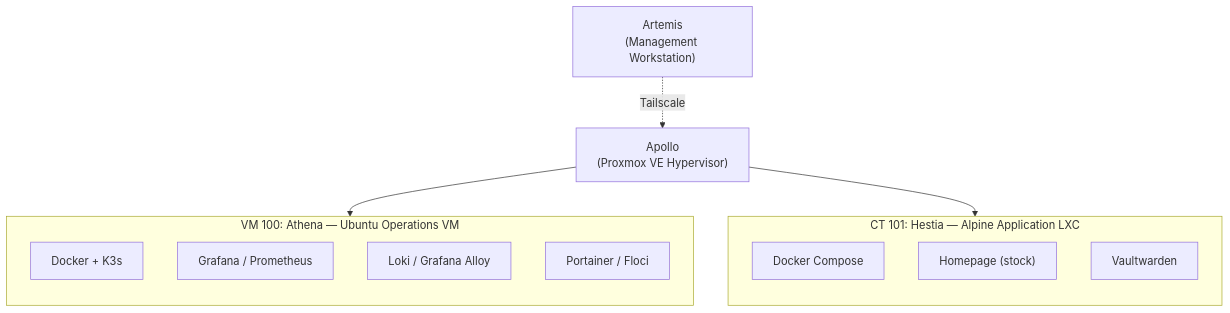
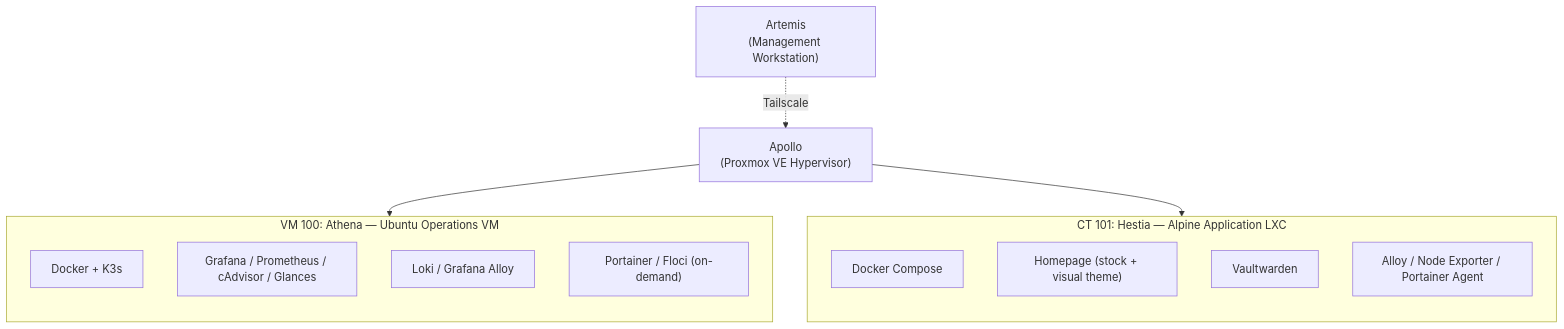
Before and after one commit to SwapnajXD/HomeLab: the first of 3 diagrams in docs/inventory.md, drawn with Mermaid. The commit also changed other lines of this file and 16 other files, not shown here.

````diff
--- a/docs/inventory.md
+++ b/docs/inventory.md
@@ -29,23 +32,24 @@
 ```mermaid
 flowchart TB
     ARTEMIS["Artemis<br/>(Management Workstation)"] -.Tailscale.-> APOLLO
     APOLLO["Apollo<br/>(Proxmox VE Hypervisor)"]
 
     subgraph VM100["VM 100: Athena — Ubuntu Operations VM"]
         direction TB
         A1["Docker + K3s"]
-        A2["Grafana / Prometheus"]
+        A2["Grafana / Prometheus / cAdvisor / Glances"]
         A3["Loki / Grafana Alloy"]
-        A4["Portainer / Floci"]
+        A4["Portainer / Floci (on-demand)"]
     end
 
     subgraph CT101["CT 101: Hestia — Alpine Application LXC"]
         direction TB
         H1["Docker Compose"]
-        H2["Homepage (stock)"]
+        H2["Homepage (stock + visual theme)"]
         H3["Vaultwarden"]
+        H4["Alloy / Node Exporter / Portainer Agent"]
     end
 
     APOLLO --> VM100
     APOLLO --> CT101
 ```
````
